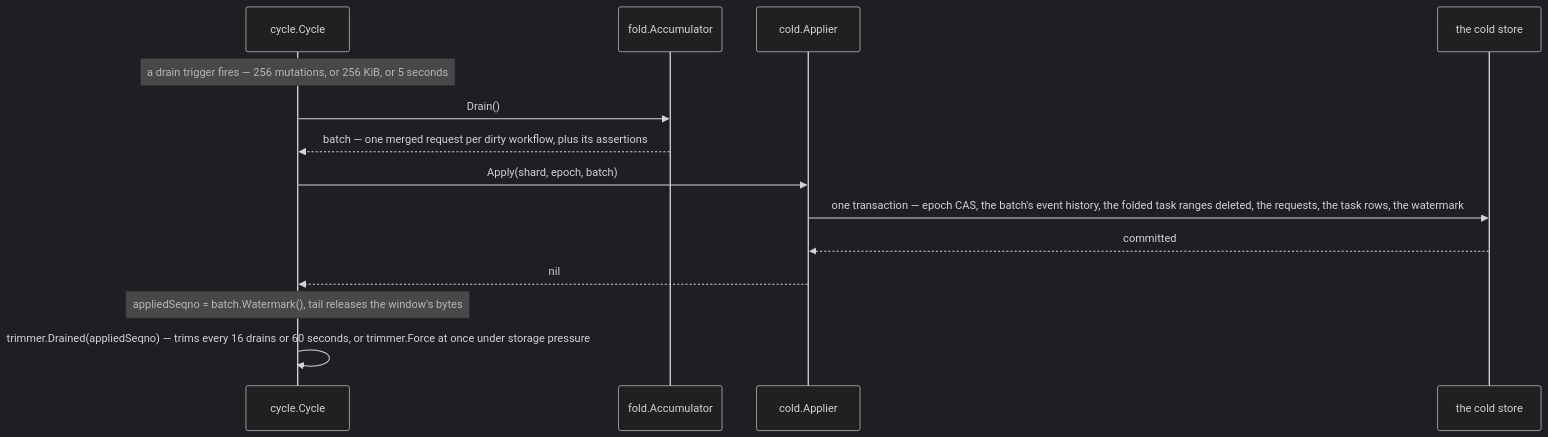
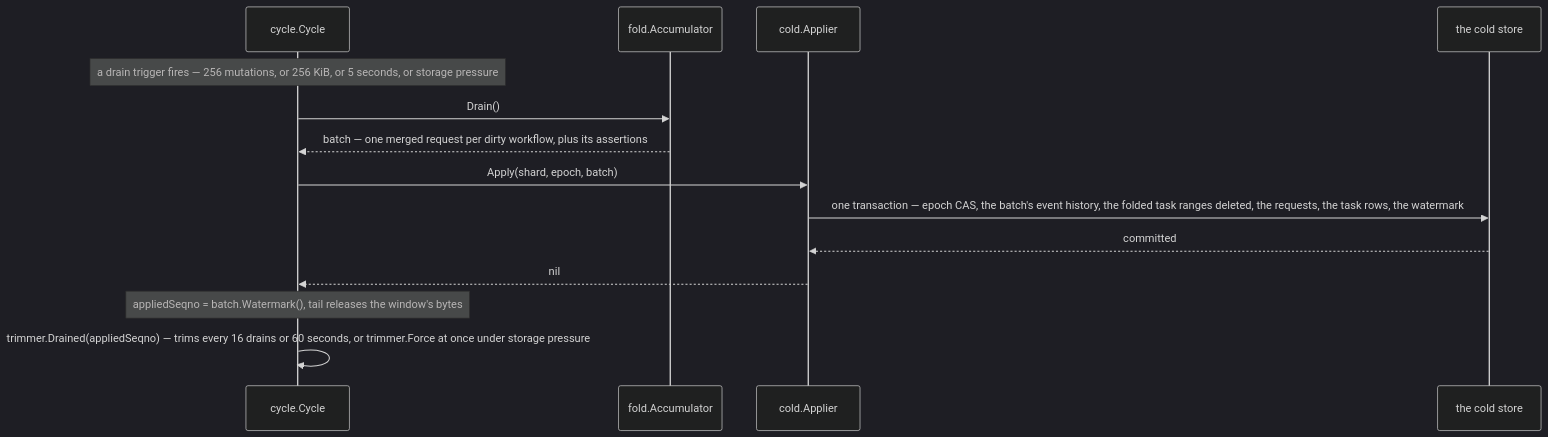
The second of 10 diagrams in docs/handbook/05-write-path.md (aromanovich/waltz), drawn with Mermaid (dark theme) before and after one commit. The commit also changed other lines of this file and 28 other files, not shown here.

````diff
--- a/docs/handbook/05-write-path.md
+++ b/docs/handbook/05-write-path.md
@@ -148,17 +150,17 @@
 ```mermaid
 sequenceDiagram
   participant CY as cycle.Cycle
   participant ACC as fold.Accumulator
   participant AP as cold.Applier
   participant CS as the cold store
 
-  Note over CY: a drain trigger fires — 256 mutations, or 256 KiB, or 5 seconds
+  Note over CY: a drain trigger fires — 256 mutations, or 256 KiB, or 5 seconds, or storage pressure
   CY->>ACC: Drain()
   ACC-->>CY: batch — one merged request per dirty workflow, plus its assertions
   CY->>AP: Apply(shard, epoch, batch)
   AP->>CS: one transaction — epoch CAS, the batch's event history, the folded task ranges deleted, the requests, the task rows, the watermark
   CS-->>AP: committed
   AP-->>CY: nil
   Note over CY: appliedSeqno = batch.Watermark(), tail releases the window's bytes
   CY->>CY: trimmer.Drained(appliedSeqno) — trims every 16 drains or 60 seconds, or trimmer.Force at once under storage pressure
 ```
````
